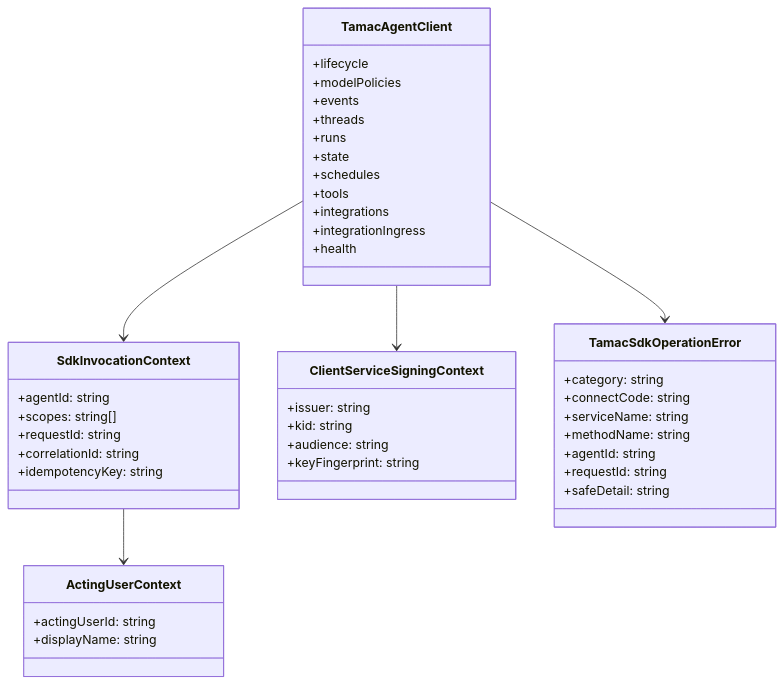
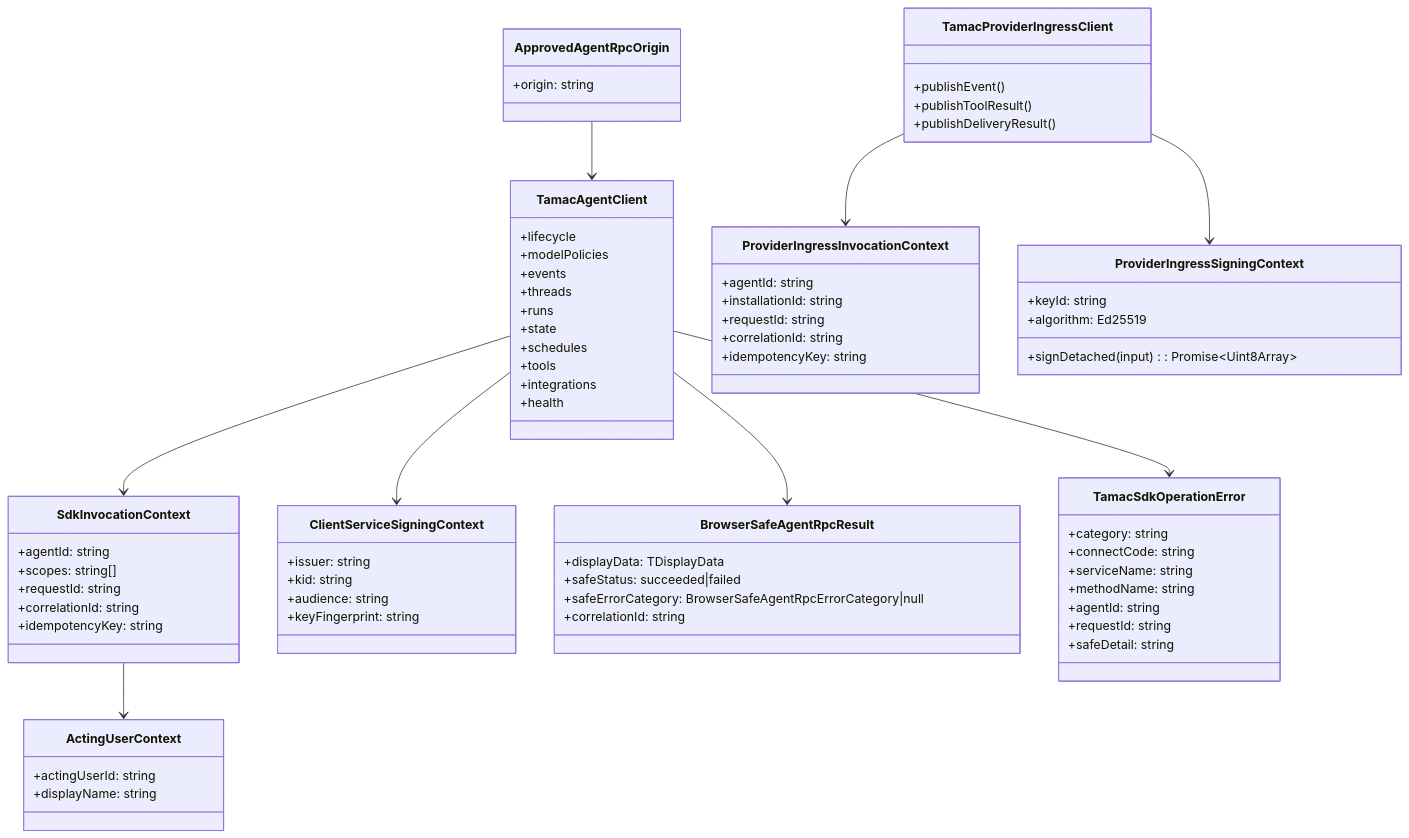
The fourth of 6 diagrams in openspec/changes/introduce-tamac-sdk/design.md (Suzlun/cf-tamac), drawn with Mermaid before and after one commit. The commit also changed other lines of this file and 146 other files, not shown here.

````diff
--- a/openspec/changes/introduce-tamac-sdk/design.md
+++ b/openspec/changes/introduce-tamac-sdk/design.md
@@ -209,46 +433,75 @@
 ```mermaid
 classDiagram
   class TamacAgentClient {
     +lifecycle
     +modelPolicies
     +events
     +threads
     +runs
     +state
     +schedules
     +tools
     +integrations
-    +integrationIngress
     +health
+  }
+  class TamacProviderIngressClient {
+    +publishEvent()
+    +publishToolResult()
+    +publishDeliveryResult()
   }
   class SdkInvocationContext {
     +agentId: string
     +scopes: string[]
     +requestId: string
     +correlationId: string
     +idempotencyKey: string
   }
   class ActingUserContext {
     +actingUserId: string
     +displayName: string
   }
   class ClientServiceSigningContext {
     +issuer: string
     +kid: string
     +audience: string
     +keyFingerprint: string
   }
+  class ProviderIngressInvocationContext {
+    +agentId: string
+    +installationId: string
+    +requestId: string
+    +correlationId: string
+    +idempotencyKey: string
+  }
+  class ProviderIngressSigningContext {
+    +keyId: string
+    +algorithm: Ed25519
+    +signDetached(input): Promise~Uint8Array~
+  }
+  class ApprovedAgentRpcOrigin {
+    +origin: string
+  }
+  class BrowserSafeAgentRpcResult {
+    +displayData: TDisplayData
+    +safeStatus: succeeded|failed
+    +safeErrorCategory: BrowserSafeAgentRpcErrorCategory|null
+    +correlationId: string
+  }
   class TamacSdkOperationError {
     +category: string
     +connectCode: string
     +serviceName: string
     +methodName: string
     +agentId: string
     +requestId: string
     +safeDetail: string
   }
   TamacAgentClient --> SdkInvocationContext
   TamacAgentClient --> ClientServiceSigningContext
   SdkInvocationContext --> ActingUserContext
   TamacAgentClient --> TamacSdkOperationError
+  TamacProviderIngressClient --> ProviderIngressInvocationContext
+  TamacProviderIngressClient --> ProviderIngressSigningContext
+  ApprovedAgentRpcOrigin --> TamacAgentClient
+  TamacAgentClient --> BrowserSafeAgentRpcResult
 ```
````
